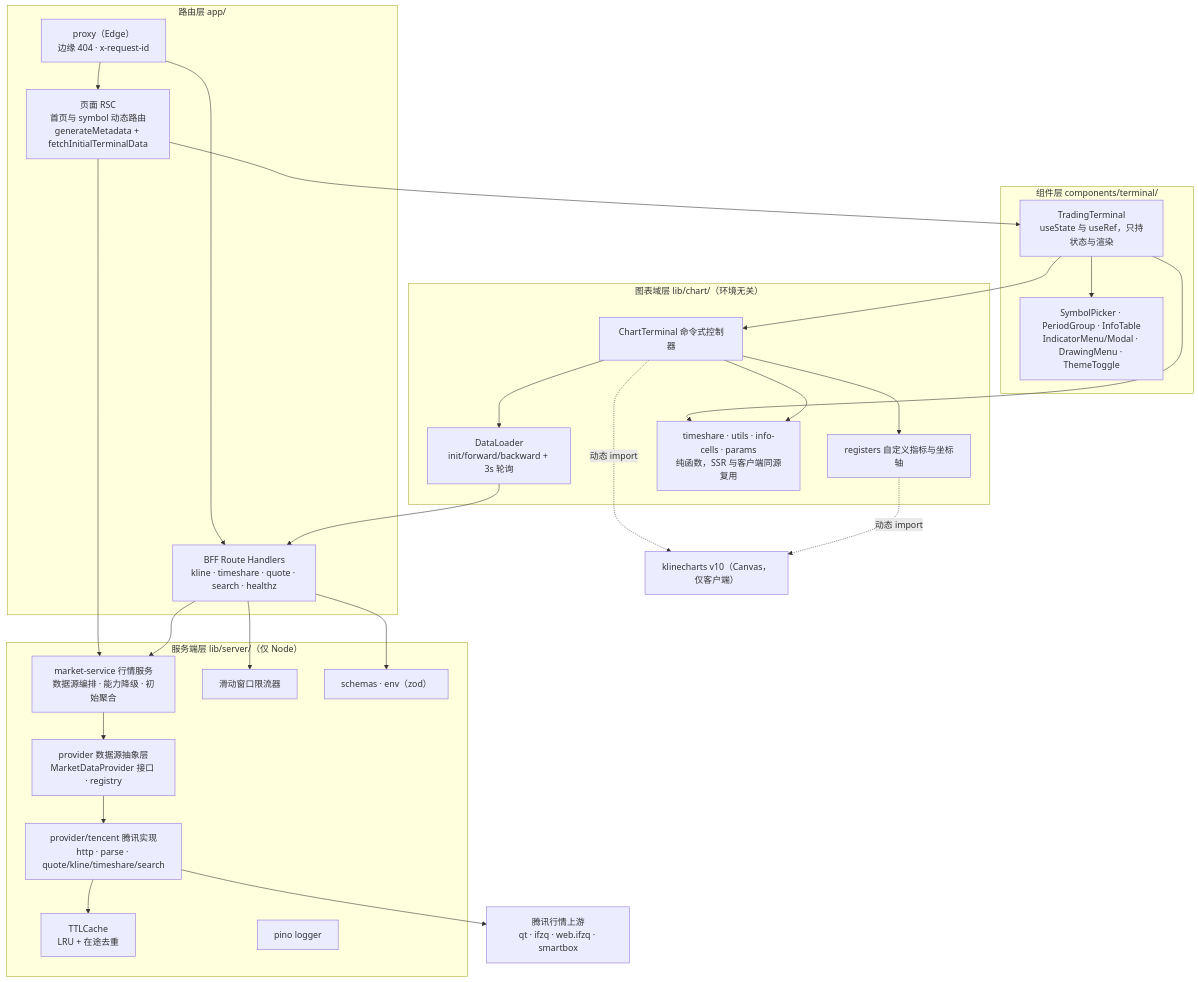
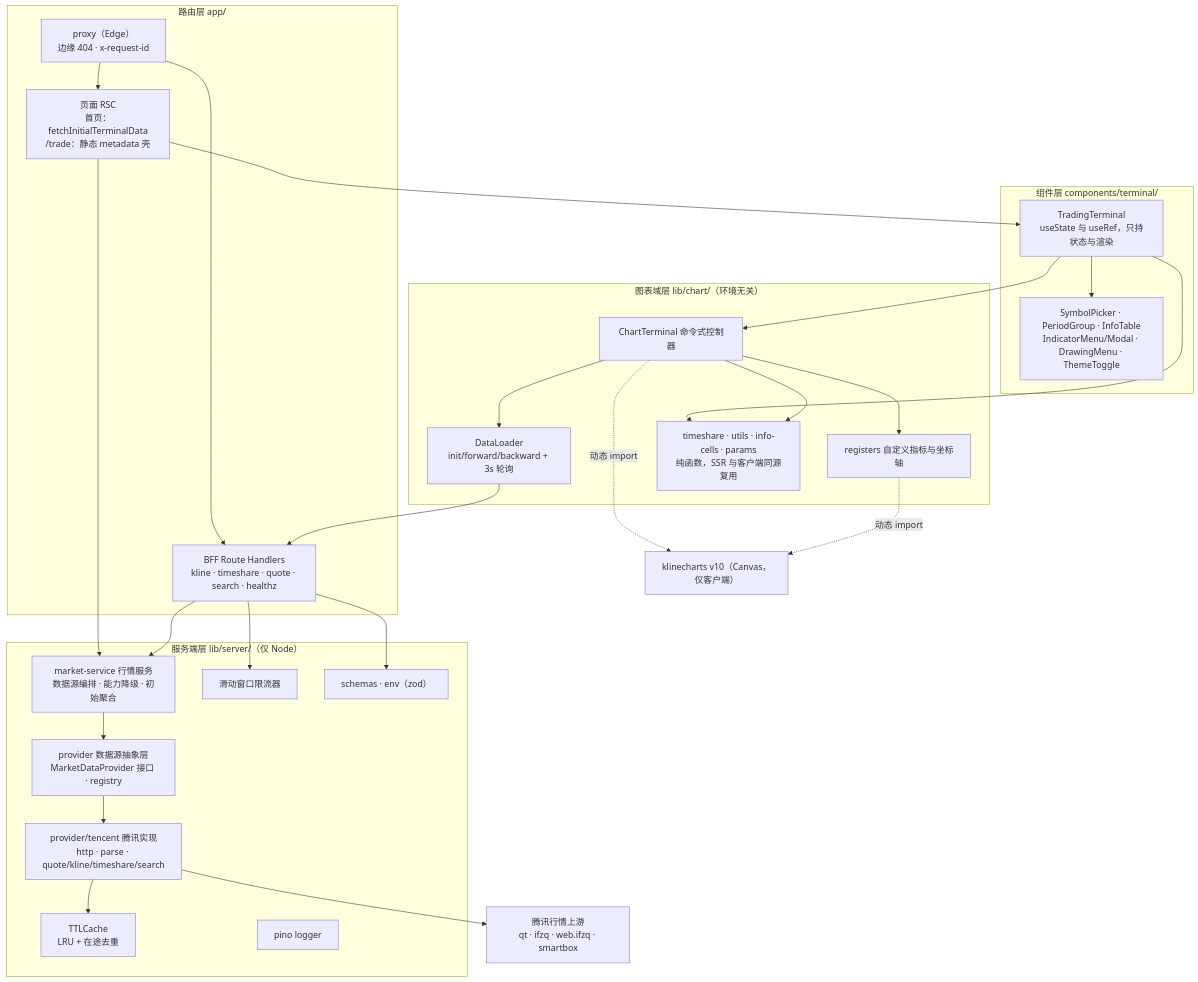
Before and after one commit to jaiden-home/preview-v10: the second of 8 diagrams in docs/ARCHITECTURE.md, drawn with Mermaid. The commit also changed other lines of this file and 2 other files, not shown here.

First line of the commit message:
docs: add agent guide and project rules, sync architecture doc

````diff
--- a/docs/ARCHITECTURE.md
+++ b/docs/ARCHITECTURE.md
@@ -105,50 +106,50 @@
 ```mermaid
 flowchart TD
     subgraph L1["路由层 app/"]
         MW["proxy（Edge）<br/>边缘 404 · x-request-id"]
-        PAGES["页面 RSC<br/>首页与 symbol 动态路由<br/>generateMetadata + fetchInitialTerminalData"]
+        PAGES["页面 RSC<br/>首页：fetchInitialTerminalData<br/>/trade：静态 metadata 壳"]
         API["BFF Route Handlers<br/>kline · timeshare · quote · search · healthz"]
     end
     subgraph L2["组件层 components/terminal/"]
         TT["TradingTerminal<br/>useState 与 useRef，只持状态与渲染"]
         SUB["SymbolPicker · PeriodGroup · InfoTable<br/>IndicatorMenu/Modal · DrawingMenu · ThemeToggle"]
     end
     subgraph L3["图表域层 lib/chart/（环境无关）"]
         CT["ChartTerminal 命令式控制器"]
         DL["DataLoader<br/>init/forward/backward + 3s 轮询"]
         REG["registers 自定义指标与坐标轴"]
         PURE["timeshare · utils · info-cells · params<br/>纯函数，SSR 与客户端同源复用"]
     end
     subgraph L4["服务端层 lib/server/（仅 Node）"]
         MS["market-service 行情服务<br/>数据源编排 · 能力降级 · 初始聚合"]
         PRV["provider 数据源抽象层<br/>MarketDataProvider 接口 · registry"]
         TCT["provider/tencent 腾讯实现<br/>http · parse · quote/kline/timeshare/search"]
         CACHE["TTLCache<br/>LRU + 在途去重"]
         RL["滑动窗口限流器"]
         ZOD["schemas · env（zod）"]
         LOG["pino logger"]
     end
     KC["klinecharts v10（Canvas，仅客户端）"]
     UP["腾讯行情上游<br/>qt · ifzq · web.ifzq · smartbox"]
 
     MW --> PAGES
     MW --> API
     PAGES --> TT
     PAGES --> MS
     API --> ZOD
     API --> RL
     API --> MS
     TT --> SUB
     TT --> CT
     TT --> PURE
     CT --> DL
     CT --> REG
     CT --> PURE
     DL --> API
     CT -. 动态 import .-> KC
     REG -. 动态 import .-> KC
     MS --> PRV
     PRV --> TCT
     TCT --> CACHE
     TCT --> UP
 ```
````
